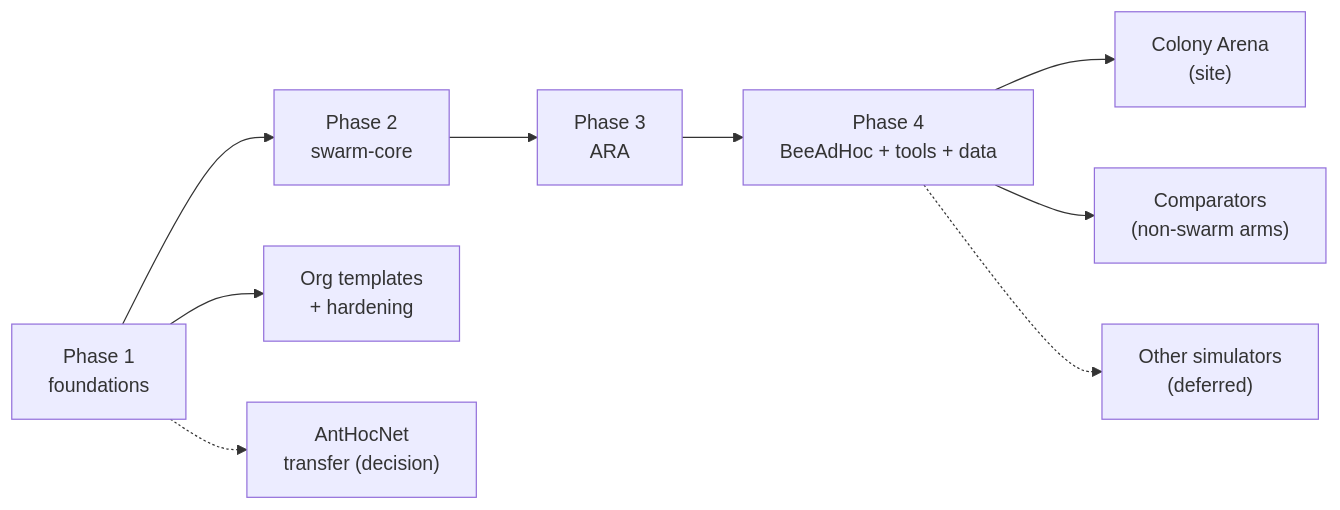
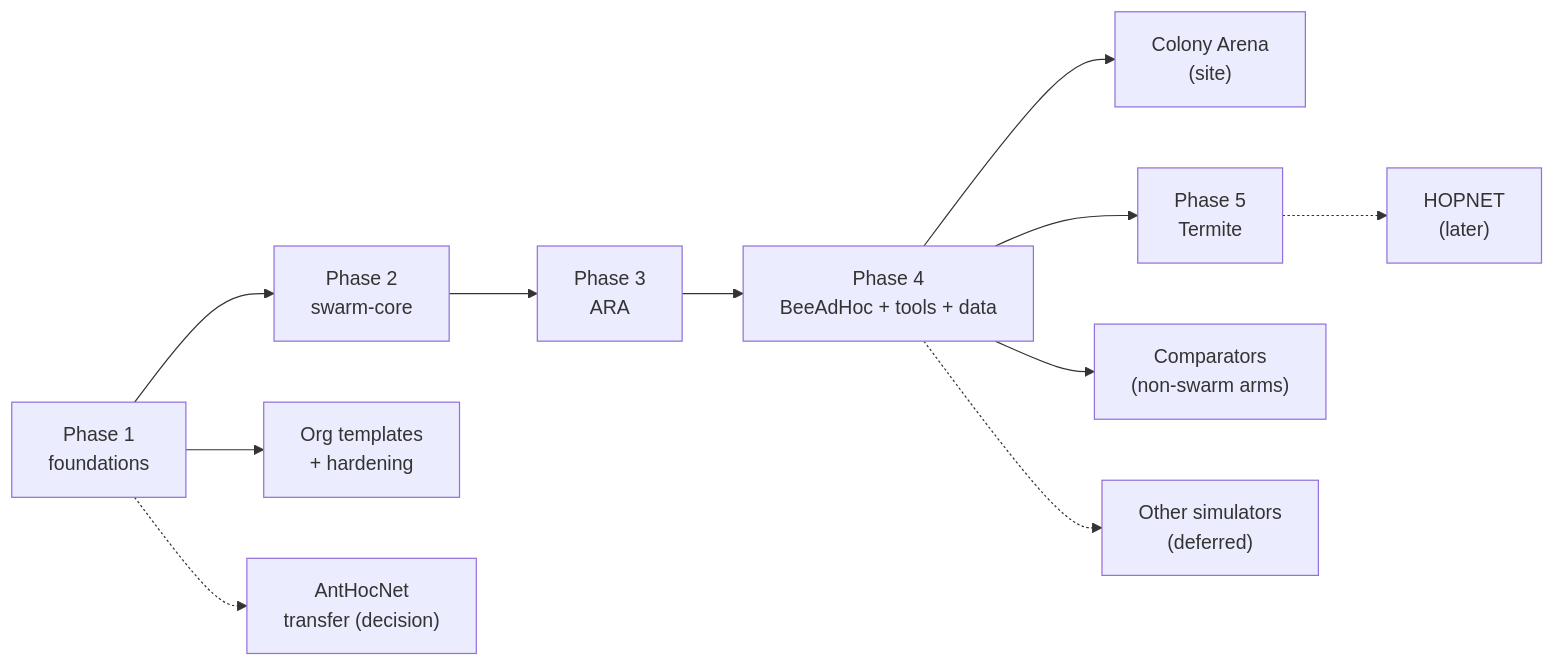
One commit to swarm-routing/.github changed the diagram in ROADMAP.md. Above: the diagram before and after it, drawn with Mermaid. The commit also changed other lines of this file, not shown here.

First line of the commit message:
docs(roadmap): one repository per swarm protocol; list the missing ones

````diff
--- a/ROADMAP.md
+++ b/ROADMAP.md
@@ -18,11 +18,13 @@
 ```mermaid
 flowchart LR
   P1["Phase 1<br/>foundations"] --> P2["Phase 2<br/>swarm-core"]
   P2 --> P3["Phase 3<br/>ARA"]
   P3 --> P4["Phase 4<br/>BeeAdHoc + tools + data"]
   P4 --> S["Colony Arena<br/>(site)"]
+  P4 --> P5["Phase 5<br/>Termite"]
+  P5 -.-> H["HOPNET<br/>(later)"]
   P1 --> O["Org templates<br/>+ hardening"]
   P4 --> C["Comparators<br/>(non-swarm arms)"]
   P1 -.-> T["AntHocNet<br/>transfer (decision)"]
   P4 -.-> X["Other simulators<br/>(deferred)"]
 ```
````
